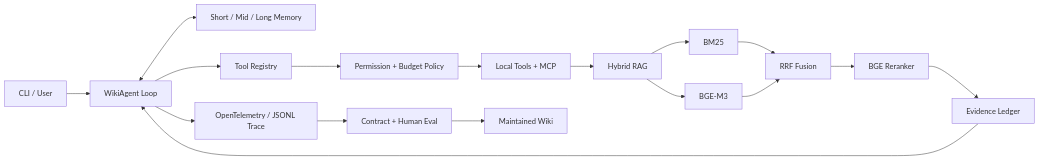
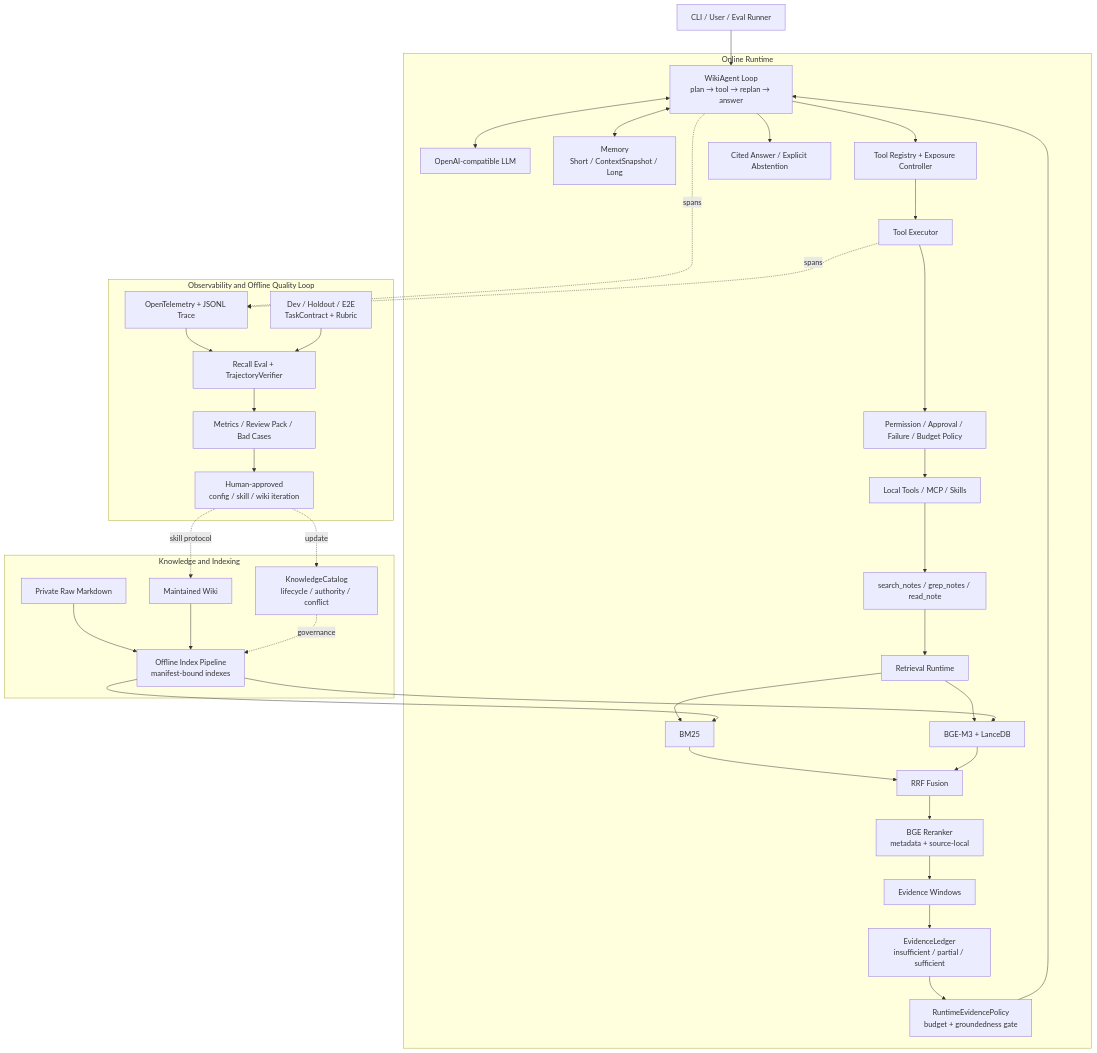
Before and after one commit to liushupeng/wiki-agent: the diagram in README.md, drawn with Mermaid. The commit also changed other lines of this file and 9 other files, not shown here.

````diff
--- a/README.md
+++ b/README.md
@@ -40,19 +40,64 @@
 ```mermaid
-flowchart LR
-    user["CLI / User"] --> agent["WikiAgent Loop"]
-    agent <--> memory["Short / Mid / Long Memory"]
-    agent --> registry["Tool Registry"]
-    registry --> policy["Permission + Budget Policy"]
-    policy --> tools["Local Tools + MCP"]
-    tools --> rag["Hybrid RAG"]
-    rag --> bm25["BM25"]
-    rag --> dense["BGE-M3"]
-    bm25 --> rrf["RRF Fusion"]
-    dense --> rrf
-    rrf --> reranker["BGE Reranker"]
-    reranker --> evidence["Evidence Ledger"]
-    evidence --> agent
-    agent --> trace["OpenTelemetry / JSONL Trace"]
-    trace --> eval["Contract + Human Eval"]
-    eval --> wiki["Maintained Wiki"]
+flowchart TB
+    user["CLI / User / Eval Runner"]
+
+    subgraph runtime["Online Runtime"]
+        agent["WikiAgent Loop<br/>plan → tool → replan → answer"]
+        model["OpenAI-compatible LLM"]
+        memory["Memory<br/>Short / ContextSnapshot / Long"]
+        exposure["Tool Registry + Exposure Controller"]
+        executor["Tool Executor"]
+        policy["Permission / Approval / Failure / Budget Policy"]
+        tools["Local Tools / MCP / Skills"]
+        ragtools["search_notes / grep_notes / read_note"]
+        retrieval["Retrieval Runtime"]
+        sparse["BM25"]
+        dense["BGE-M3 + LanceDB"]
+        fusion["RRF Fusion"]
+        reranker["BGE Reranker<br/>metadata + source-local"]
+        windows["Evidence Windows"]
+        ledger["EvidenceLedger<br/>insufficient / partial / sufficient"]
+        gate["RuntimeEvidencePolicy<br/>budget + groundedness gate"]
+        answer["Cited Answer / Explicit Abstention"]
+
+        agent <--> model
+        agent <--> memory
+        agent --> exposure --> executor
+        executor --> policy --> tools
+        tools --> ragtools --> retrieval
+        retrieval --> sparse --> fusion
+        retrieval --> dense --> fusion
+        fusion --> reranker --> windows --> ledger --> gate --> agent
+        agent --> answer
+    end
+
+    subgraph knowledge["Knowledge and Indexing"]
+        raw["Private Raw Markdown"]
+        wiki["Maintained Wiki"]
+        catalog["KnowledgeCatalog<br/>lifecycle / authority / conflict"]
+        indexer["Offline Index Pipeline<br/>manifest-bound indexes"]
+
+        raw --> indexer
+        wiki --> indexer
+        catalog -. governance .-> indexer
+        indexer --> sparse
+        indexer --> dense
+    end
+
+    subgraph quality["Observability and Offline Quality Loop"]
+        trace["OpenTelemetry + JSONL Trace"]
+        contracts["Dev / Holdout / E2E<br/>TaskContract + Rubric"]
+        verifier["Recall Eval + TrajectoryVerifier"]
+        reports["Metrics / Review Pack / Bad Cases"]
+        iteration["Human-approved<br/>config / skill / wiki iteration"]
+
+        trace --> verifier
+        contracts --> verifier --> reports --> iteration
+        iteration -. update .-> catalog
+        iteration -. skill protocol .-> wiki
+    end
+
+    user --> agent
+    agent -. spans .-> trace
+    executor -. spans .-> trace
 ```
````
